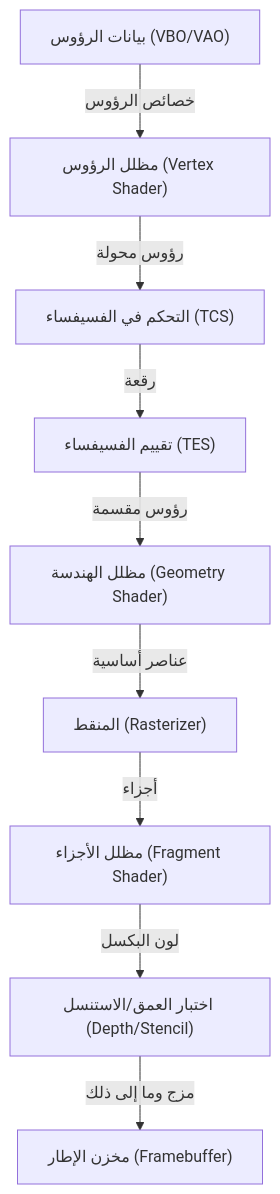
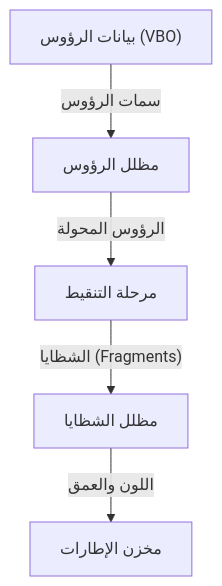
One commit to kenjinote/blog changed the second of 2 diagrams in content/post/opengl-basics-and-history/index.ar.md. Above: the diagram before and after it, drawn with Mermaid. The commit also changed other lines of this file and 129 other files, not shown here.

````diff
--- a/content/post/opengl-basics-and-history/index.ar.md
+++ b/content/post/opengl-basics-and-history/index.ar.md
@@ -69,21 +48,7 @@
 ```mermaid
 graph TD
-    VBO["بيانات الرؤوس (VBO/VAO)"]
-    VS["مظلل الرؤوس (Vertex Shader)"]
-    TC["التحكم في الفسيفساء (TCS)"]
-    TE["تقييم الفسيفساء (TES)"]
-    GS["مظلل الهندسة (Geometry Shader)"]
-    RS["المنقط (Rasterizer)"]
-    FS["مظلل الأجزاء (Fragment Shader)"]
-    TEST["اختبار العمق/الاستنسل (Depth/Stencil)"]
-    FB["مخزن الإطار (Framebuffer)"]
-
-    VBO -- "خصائص الرؤوس" --> VS
-    VS -- "رؤوس محولة" --> TC
-    TC -- "رقعة" --> TE
-    TE -- "رؤوس مقسمة" --> GS
-    GS -- "عناصر أساسية" --> RS
-    RS -- "أجزاء" --> FS
-    FS -- "لون البكسل" --> TEST
-    TEST -- "مزج وما إلى ذلك" --> FB
+    VBO["بيانات الرؤوس (VBO)"] -- "سمات الرؤوس" --> VS["مظلل الرؤوس"]
+    VS -- "الرؤوس المحولة" --> RS["مرحلة التنقيط"]
+    RS -- "الشظايا (Fragments)" --> FS["مظلل الشظايا"]
+    FS -- "اللون والعمق" --> FB["مخزن الإطارات"]
 ```
````
